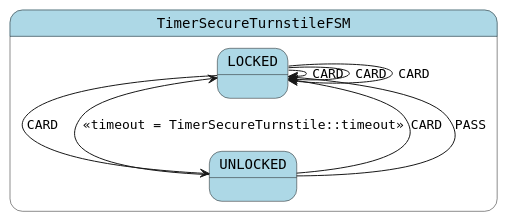
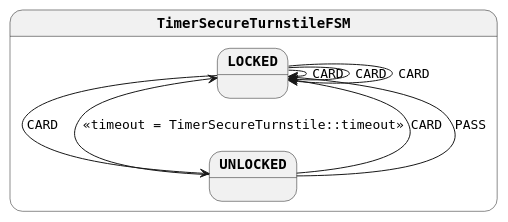
Before and after one commit to open-jumpco/kfsm-viz: the diagram in generated-parsed/timeout-secure-turnstile-simple.plantuml, drawn with PlantUML. The commit also changed 12 other files, not shown here.

```diff
--- a/generated-parsed/timeout-secure-turnstile-simple.plantuml
+++ b/generated-parsed/timeout-secure-turnstile-simple.plantuml
@@ -1,16 +1,19 @@
 @startuml
+skinparam monochrome true
 skinparam StateFontName Helvetica
 skinparam defaultFontName Monospaced
+skinparam defaultFontStyle Bold
 skinparam state {
-    BackgroundColor LightBlue
+    FontColor Black
+    FontStyle Bold
 }
 state TimerSecureTurnstileFSM {
 LOCKED --> LOCKED : CARD
 LOCKED --> LOCKED : CARD
 LOCKED --> UNLOCKED : CARD
 LOCKED --> LOCKED : CARD
 UNLOCKED --> LOCKED : <<timeout = TimerSecureTurnstile::timeout>>
 UNLOCKED --> LOCKED : CARD
 UNLOCKED --> LOCKED : PASS
 }
 @enduml
```
